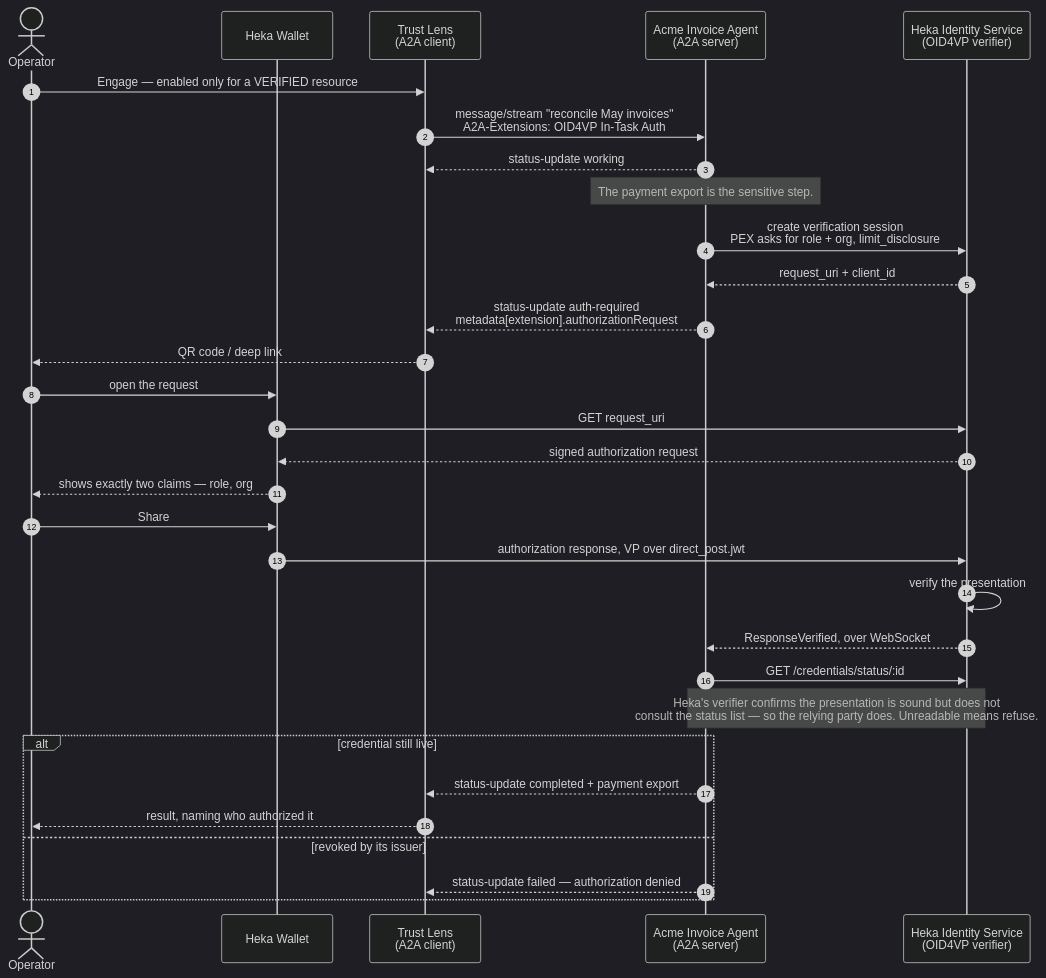
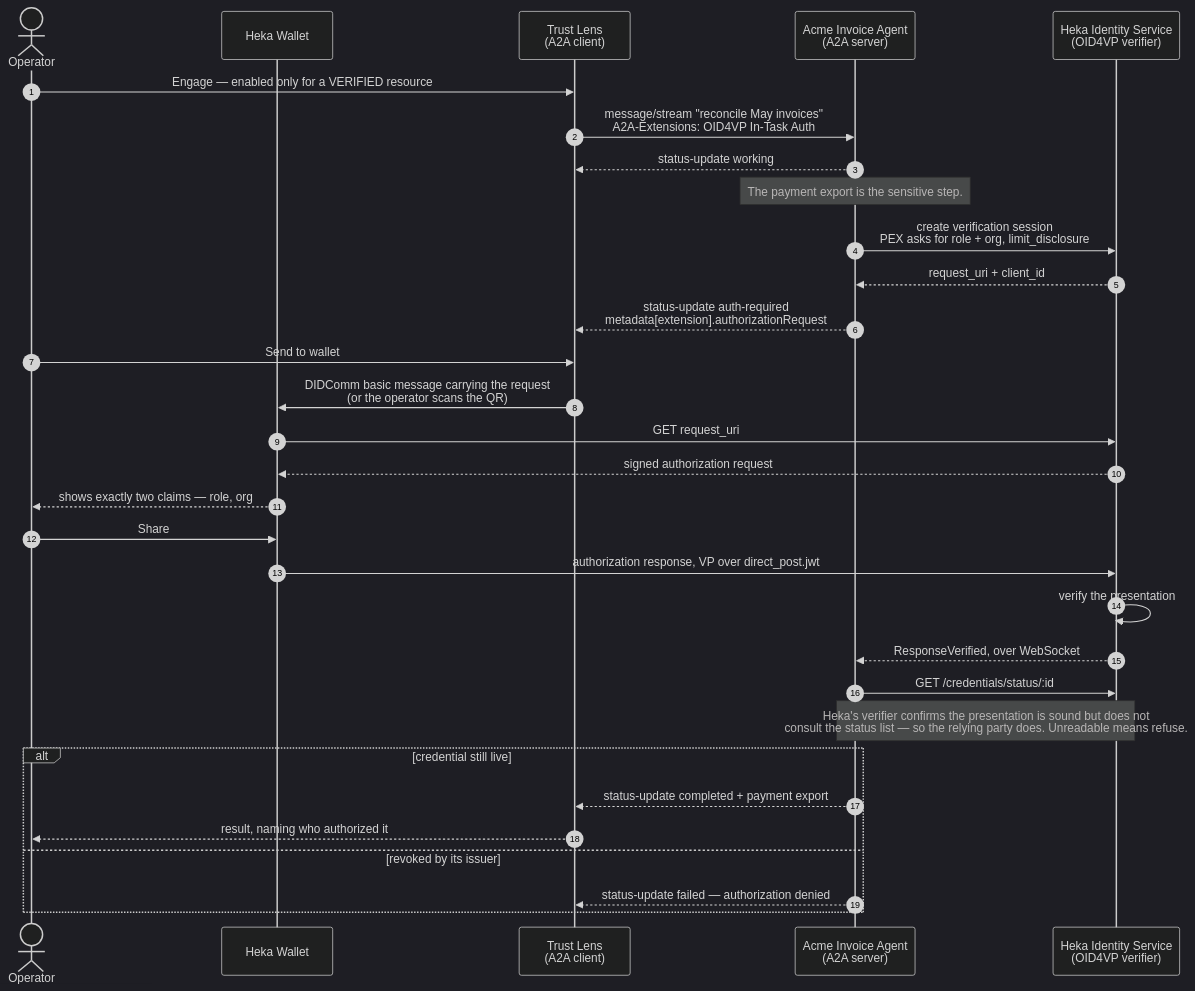
The second of 3 diagrams in demo/trust-lens/README.md (LVS7/heka-identity-platform), drawn with Mermaid (dark theme) before and after one commit. The commit also changed other lines of this file and 36 other files, not shown here.

````diff
--- a/demo/trust-lens/README.md
+++ b/demo/trust-lens/README.md
@@ -84,34 +84,34 @@
 ```mermaid
 sequenceDiagram
     autonumber
     actor Op as Operator
     participant W as Heka Wallet
     participant Lens as Trust Lens<br/>(A2A client)
     participant Agent as Acme Invoice Agent<br/>(A2A server)
     participant HIS as Heka Identity Service<br/>(OID4VP verifier)
 
     Op->>Lens: Engage — enabled only for a VERIFIED resource
     Lens->>Agent: message/stream "reconcile May invoices"<br/>A2A-Extensions: OID4VP In-Task Auth
     Agent-->>Lens: status-update working
     Note over Agent: The payment export is the sensitive step.
     Agent->>HIS: create verification session<br/>PEX asks for role + org, limit_disclosure
     HIS-->>Agent: request_uri + client_id
     Agent-->>Lens: status-update auth-required<br/>metadata[extension].authorizationRequest
-    Lens-->>Op: QR code / deep link
-    Op->>W: open the request
+    Op->>Lens: Send to wallet
+    Lens->>W: DIDComm basic message carrying the request<br/>(or the operator scans the QR)
     W->>HIS: GET request_uri
     HIS-->>W: signed authorization request
     W-->>Op: shows exactly two claims — role, org
     Op->>W: Share
     W->>HIS: authorization response, VP over direct_post.jwt
     HIS->>HIS: verify the presentation
     HIS-->>Agent: ResponseVerified, over WebSocket
     Agent->>HIS: GET /credentials/status/:id
     Note over Agent,HIS: Heka's verifier confirms the presentation is sound but does not<br/>consult the status list — so the relying party does. Unreadable means refuse.
     alt credential still live
         Agent-->>Lens: status-update completed + payment export
         Lens-->>Op: result, naming who authorized it
     else revoked by its issuer
         Agent-->>Lens: status-update failed — authorization denied
     end
 ```
````
